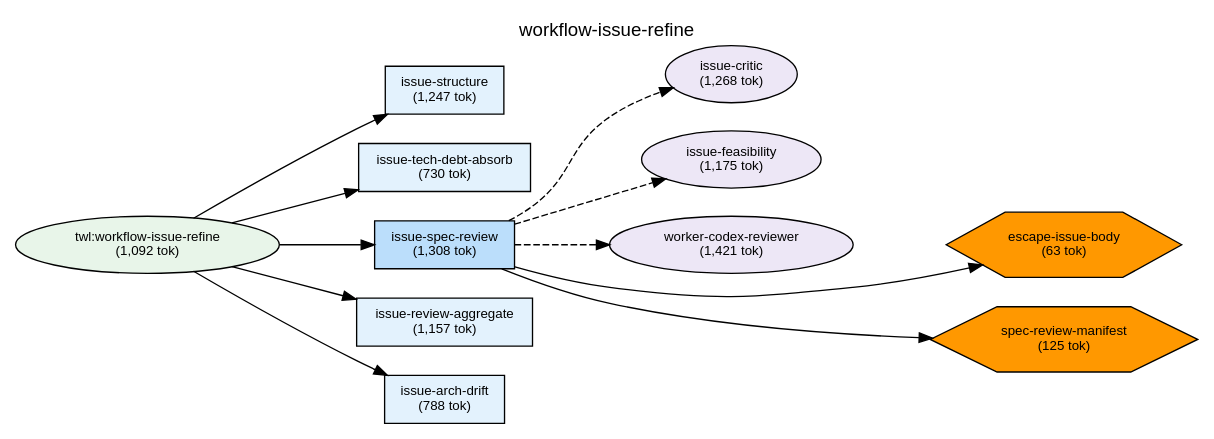
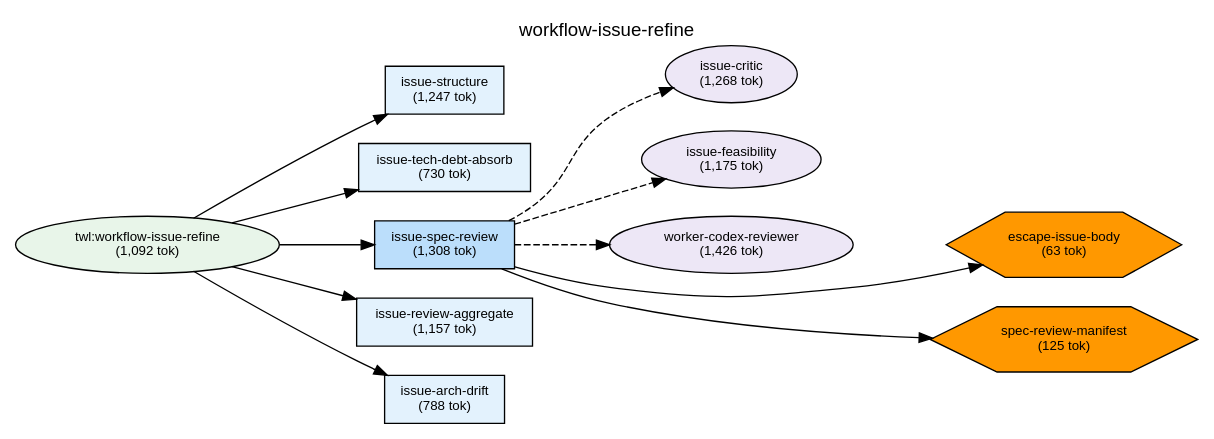
The diagram in plugins/twl/docs/deps-workflow-issue-refine.dot (shuu5/twill), drawn with Graphviz before and after one commit. The commit also changed 29 other files, not shown here.

```diff
--- a/plugins/twl/docs/deps-workflow-issue-refine.dot
+++ b/plugins/twl/docs/deps-workflow-issue-refine.dot
@@ -1,70 +1,70 @@
 digraph Dependencies {
     // Graph settings
     rankdir=LR;
     ranksep=0.8;
     nodesep=0.3;
     fontname="Helvetica";
     node [fontname="Helvetica", fontsize=10];
     edge [fontname="Helvetica", fontsize=9];
     label="workflow-issue-refine";
     labelloc=t;
     fontsize=14;
 
     // L0: Controller Skills
 
     // L0: Launchers
 
     // L0.5: Workflow Skills
     skill_workflow_issue_refine [label="twl:workflow-issue-refine\n(1,092 tok)", shape=ellipse, style=filled, fillcolor="#e8f5e9"];
 
     // Reference Skills
 
     // L1: Direct Commands
     cmd_issue_structure [label="issue-structure\n(1,247 tok)", shape=box, style=filled, fillcolor="#e3f2fd"];
     cmd_issue_tech_debt_absorb [label="issue-tech-debt-absorb\n(730 tok)", shape=box, style=filled, fillcolor="#e3f2fd"];
     cmd_issue_spec_review [label="issue-spec-review\n(1,308 tok)", shape=box, style=filled, fillcolor="#bbdefb"];
     cmd_issue_review_aggregate [label="issue-review-aggregate\n(1,157 tok)", shape=box, style=filled, fillcolor="#e3f2fd"];
     cmd_issue_arch_drift [label="issue-arch-drift\n(788 tok)", shape=box, style=filled, fillcolor="#e3f2fd"];
 
     // L2: Sub Commands
 
     // L3: Agents
     agent_issue_critic [label="issue-critic\n(1,268 tok)", shape=ellipse, style=filled, fillcolor="#ede7f6"];
     agent_issue_feasibility [label="issue-feasibility\n(1,175 tok)", shape=ellipse, style=filled, fillcolor="#ede7f6"];
-    agent_worker_codex_reviewer [label="worker-codex-reviewer\n(1,421 tok)", shape=ellipse, style=filled, fillcolor="#ede7f6"];
+    agent_worker_codex_reviewer [label="worker-codex-reviewer\n(1,426 tok)", shape=ellipse, style=filled, fillcolor="#ede7f6"];
 
     // L3.5: Scripts
     script_escape_issue_body [label="escape-issue-body\n(63 tok)", shape=hexagon, style=filled, fillcolor="#FF9800"];
     script_spec_review_manifest [label="spec-review-manifest\n(125 tok)", shape=hexagon, style=filled, fillcolor="#FF9800"];
 
     // L4: External
 
     // Layer constraints
     { rank=same; skill_workflow_issue_refine; }
     { rank=same; cmd_issue_structure; cmd_issue_tech_debt_absorb; cmd_issue_spec_review; cmd_issue_review_aggregate; cmd_issue_arch_drift; }
     { rank=same; agent_issue_critic; agent_issue_feasibility; agent_worker_codex_reviewer; }
     { rank=same; script_escape_issue_body; script_spec_review_manifest; }
 
     // Edges
     skill_workflow_issue_refine -> cmd_issue_structure;
     skill_workflow_issue_refine -> cmd_issue_tech_debt_absorb;
     skill_workflow_issue_refine -> cmd_issue_spec_review;
     skill_workflow_issue_refine -> cmd_issue_review_aggregate;
     skill_workflow_issue_refine -> cmd_issue_arch_drift;
     cmd_issue_spec_review -> agent_issue_critic [style=dashed];
     cmd_issue_spec_review -> agent_issue_feasibility [style=dashed];
     cmd_issue_spec_review -> agent_worker_codex_reviewer [style=dashed];
     cmd_issue_spec_review -> script_escape_issue_body;
     cmd_issue_spec_review -> script_spec_review_manifest;
 
     // Ordering constraints (invisible edges)
     cmd_issue_structure -> cmd_issue_tech_debt_absorb [style=invis, weight=10];
     cmd_issue_tech_debt_absorb -> cmd_issue_spec_review [style=invis, weight=10];
     cmd_issue_spec_review -> cmd_issue_review_aggregate [style=invis, weight=10];
     cmd_issue_review_aggregate -> cmd_issue_arch_drift [style=invis, weight=10];
     agent_issue_critic -> agent_issue_feasibility [style=invis, weight=10];
     agent_issue_feasibility -> agent_worker_codex_reviewer [style=invis, weight=10];
     agent_worker_codex_reviewer -> script_escape_issue_body [style=invis, weight=10];
     script_escape_issue_body -> script_spec_review_manifest [style=invis, weight=10];
 
 }
```
